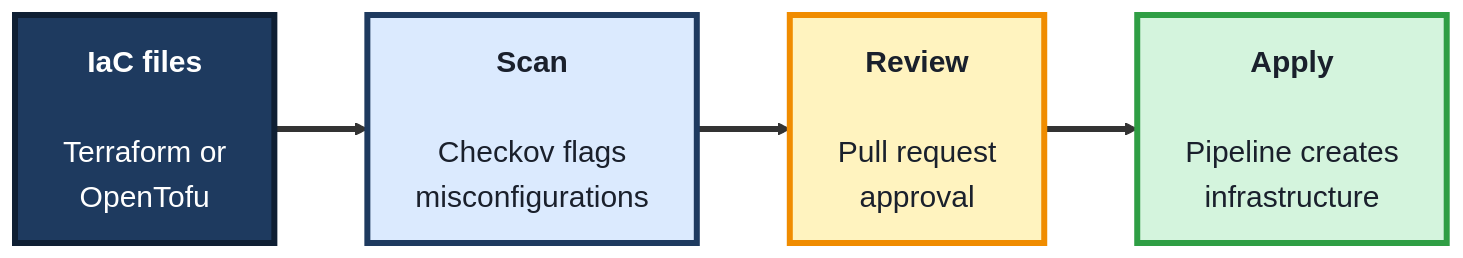
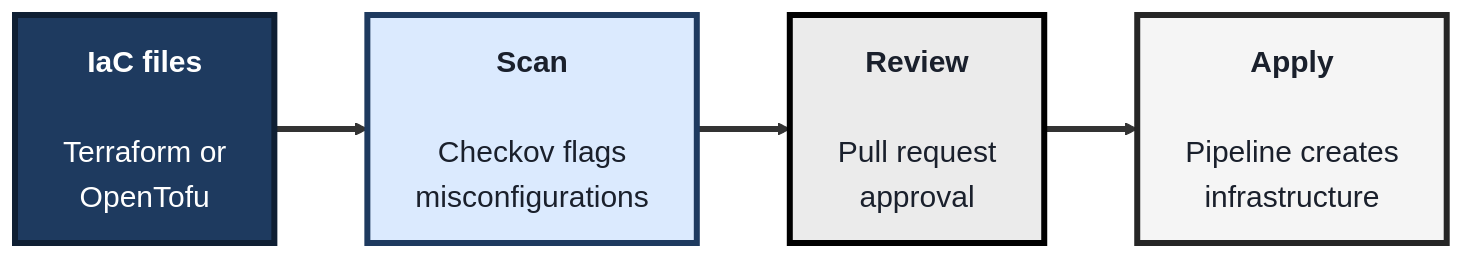
One commit to SHEMODELTECH/shemodeltech changed the third of 3 diagrams in src/Pages/courses/TechGuard/module-9-devops-security.md. Above: the diagram before and after it, drawn with Mermaid. The commit also changed other lines of this file and 46 other files, not shown here.

````diff
--- a/src/Pages/courses/TechGuard/module-9-devops-security.md
+++ b/src/Pages/courses/TechGuard/module-9-devops-security.md
@@ -172,16 +172,16 @@
 ```mermaid
 %%{init: {'theme':'base', 'themeVariables': {'fontSize':'20px', 'primaryTextColor':'#1a202c', 'primaryBorderColor':'#1e3a5f', 'lineColor':'#333333'}, 'flowchart': {'nodeSpacing': 50, 'rankSpacing': 62, 'padding': 16}}}%%
 flowchart LR
     CODE["<b>IaC files</b><br/><br/>Terraform or<br/>OpenTofu"]
     SCAN["<b>Scan</b><br/><br/>Checkov flags<br/>misconfigurations"]
     REV["<b>Review</b><br/><br/>Pull request<br/>approval"]
     APPLY["<b>Apply</b><br/><br/>Pipeline creates<br/>infrastructure"]
 
     CODE ==> SCAN ==> REV ==> APPLY
 
     style CODE fill:#1e3a5f,color:#fff,stroke:#0f1f33,stroke-width:4px
     style SCAN fill:#dbeafe,color:#1a202c,stroke:#1e3a5f,stroke-width:4px
-    style REV fill:#fff3bf,color:#1a202c,stroke:#f08c00,stroke-width:4px
-    style APPLY fill:#d4f4dd,color:#1a202c,stroke:#2f9e44,stroke-width:4px
+    style REV fill:#EBEBEB,color:#1a202c,stroke:#000000,stroke-width:4px
+    style APPLY fill:#F5F5F5,color:#1a202c,stroke:#262626,stroke-width:4px
     linkStyle default stroke-width:4px,stroke:#333333
 ```
````
